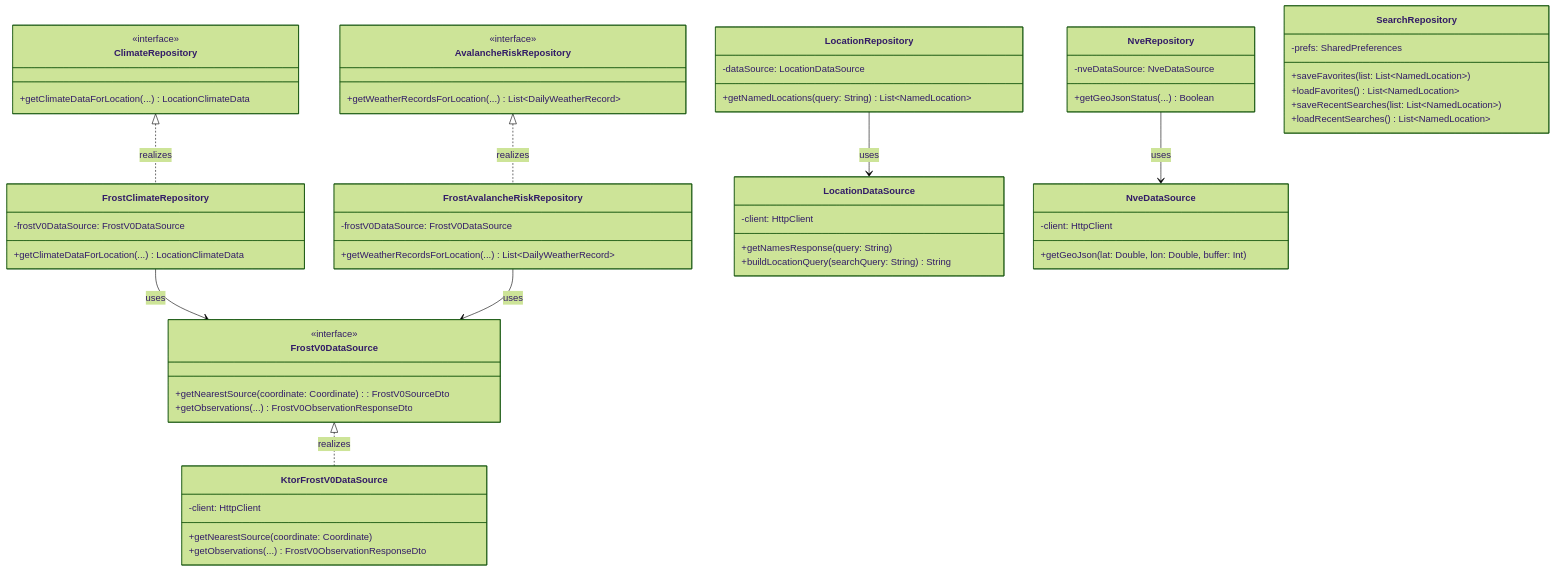
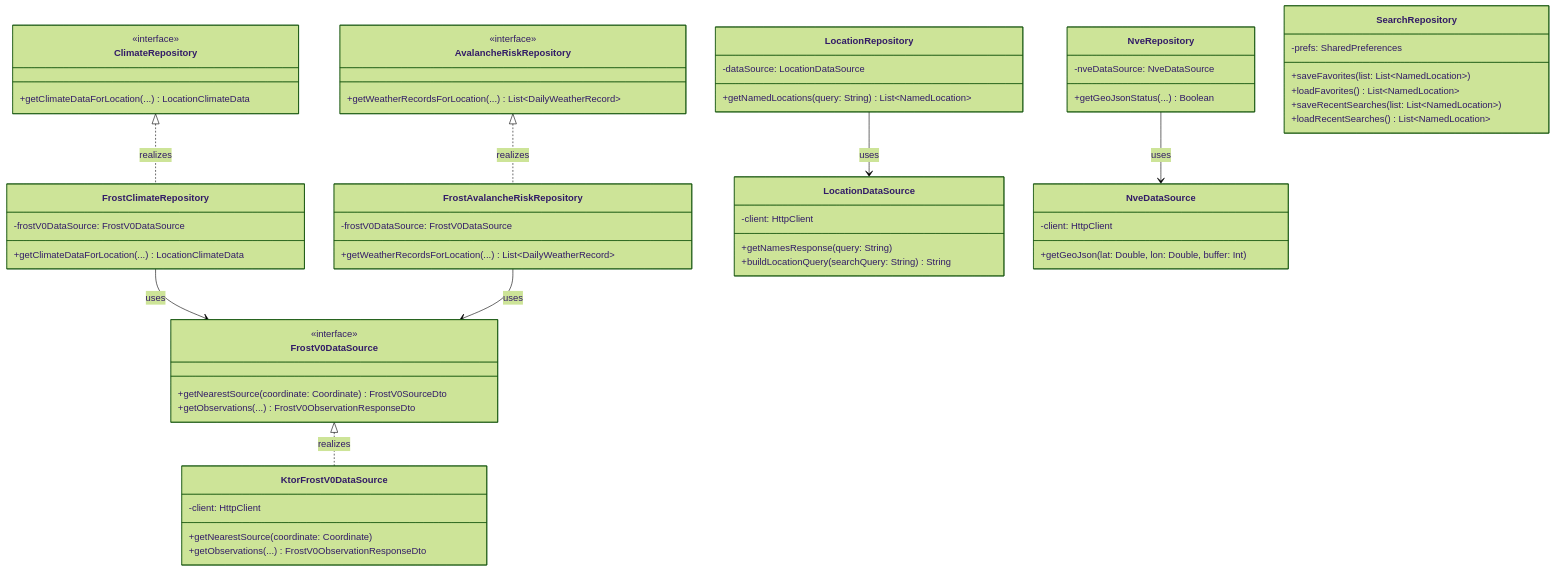
The first of 2 diagrams in MODELING.md (ajgrow/snowsense), drawn with Mermaid (forest theme) before and after one commit. The commit also changed other lines of this file, not shown here.

Commit message:
Make classes more relevant and split into two diagrams

````diff
--- a/MODELING.md
+++ b/MODELING.md
@@ -33,73 +33,61 @@
 ```mermaid
 classDiagram
-
   class ClimateRepository {
     <<interface>>
     +getClimateDataForLocation(...) LocationClimateData
   }
-
   class AvalancheRiskRepository {
     <<interface>>
     +getWeatherRecordsForLocation(...) List~DailyWeatherRecord~
   }
-
   class FrostV0DataSource {
     <<interface>>
-    +getNearestSource(coordinate: Coordinate): FrostV0SourceDto
+    +getNearestSource(coordinate: Coordinate) FrostV0SourceDto
     +getObservations(...) FrostV0ObservationResponseDto
   }
-
   class FrostClimateRepository {
     -frostV0DataSource: FrostV0DataSource
     +getClimateDataForLocation(...) LocationClimateData
   }
-
   class FrostAvalancheRiskRepository {
     -frostV0DataSource: FrostV0DataSource
     +getWeatherRecordsForLocation(...) List~DailyWeatherRecord~
   }
-
+  class KtorFrostV0DataSource {
+    -client: HttpClient
+    +getNearestSource(coordinate: Coordinate)
+    +getObservations(...) FrostV0ObservationResponseDto
+  }
   class LocationRepository {
     -dataSource: LocationDataSource
     +getNamedLocations(query: String) List~NamedLocation~
   }
-
+  class LocationDataSource {
+    -client: HttpClient
+    +getNamesResponse(query: String)
+    +buildLocationQuery(searchQuery: String) String
+  }
   class NveRepository {
     -nveDataSource: NveDataSource
     +getGeoJsonStatus(...) Boolean
   }
-
+  class NveDataSource {
+    -client: HttpClient
+    +getGeoJson(lat: Double, lon: Double, buffer: Int)
+  }
   class SearchRepository {
     -prefs: SharedPreferences
     +saveFavorites(list: List~NamedLocation~)
     +loadFavorites() List~NamedLocation~
     +saveRecentSearches(list: List~NamedLocation~)
     +loadRecentSearches() List~NamedLocation~
   }
-
-  class KtorFrostV0DataSource {
-    -client: HttpClient
-    +getNearestSource(coordinate: Coordinate)
-    +getObservations(...) FrostV0ObservationResponseDto
-  }
-
-  class LocationDataSource {
-    -client: HttpClient
-    +getNamesResponse(query: String)
-    +buildLocationQuery(searchQuery: String) String
-  }
-
-  class NveDataSource {
-    -client: HttpClient
-    +getGeoJson(lat: Double, lon: Double, buffer: Int)
-  }
-
+  
   ClimateRepository <|.. FrostClimateRepository : realizes
   AvalancheRiskRepository <|.. FrostAvalancheRiskRepository : realizes
   FrostV0DataSource <|.. KtorFrostV0DataSource : realizes
-
   FrostClimateRepository --> FrostV0DataSource : uses
   FrostAvalancheRiskRepository --> FrostV0DataSource : uses
   LocationRepository --> LocationDataSource : uses
   NveRepository --> NveDataSource : uses
 ```
````
